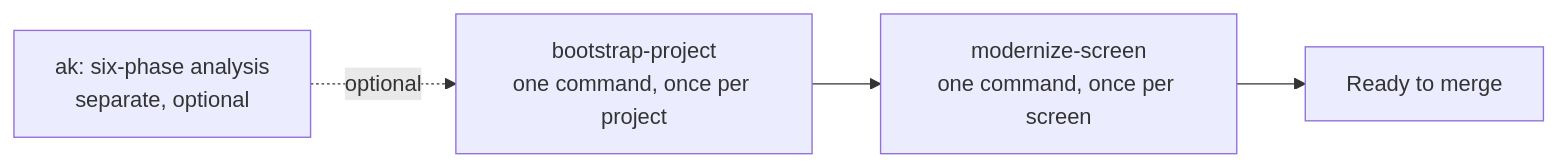
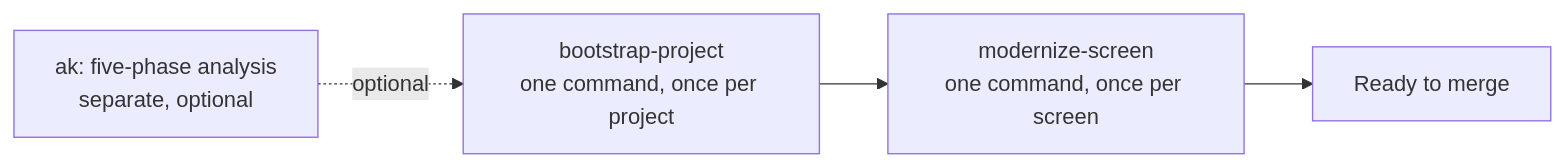
Before and after one commit to tuanvtanrakutei/access-modernization-kit: the first of 2 diagrams in plugins/ak/modernize/README.md, drawn with Mermaid. The commit also changed other lines of this file and 75 other files, not shown here.

````diff
--- a/plugins/ak/modernize/README.md
+++ b/plugins/ak/modernize/README.md
@@ -29,6 +29,6 @@
 ```mermaid
 flowchart LR
-    P["ak: six-phase analysis<br/>separate, optional"] -. optional .-> B["bootstrap-project<br/>one command, once per project"]
+    P["ak: five-phase analysis<br/>separate, optional"] -. optional .-> B["bootstrap-project<br/>one command, once per project"]
     B --> M["modernize-screen<br/>one command, once per screen"]
     M --> D["Ready to merge"]
 ```
````
